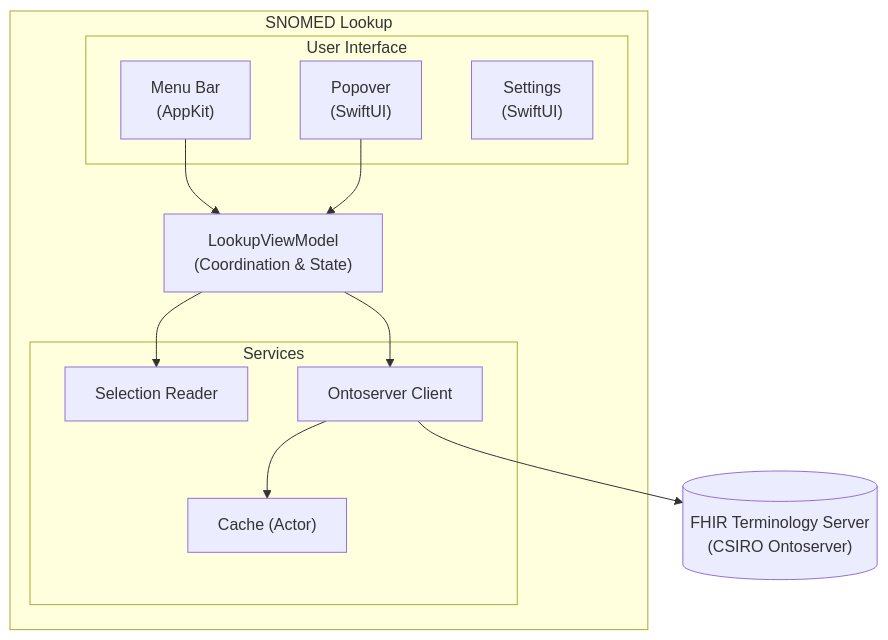
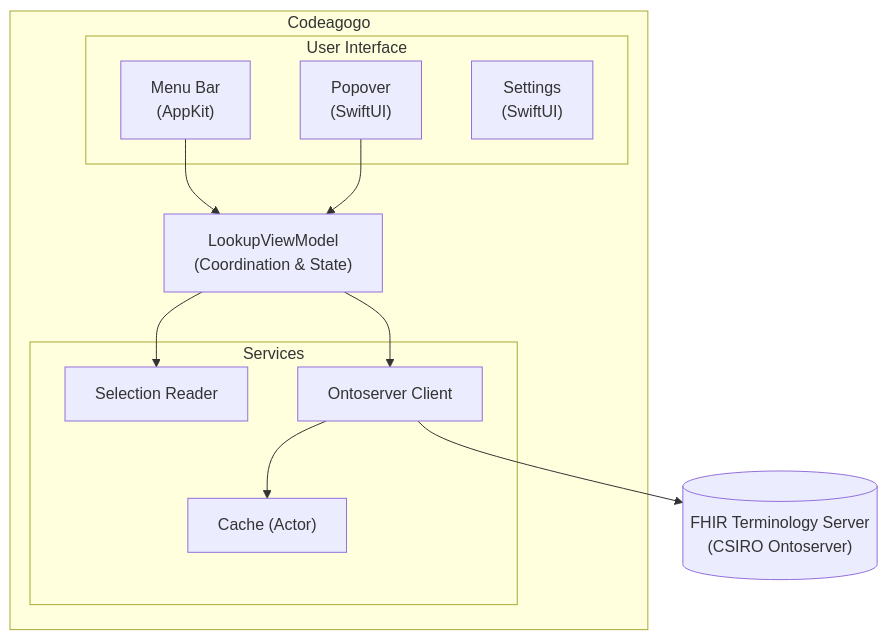
One commit to aehrc/codeagogo changed the diagram in README.md. Above: the diagram before and after it, drawn with Mermaid. The commit also changed other lines of this file and 104 other files, not shown here.

Commit message:
chore: rename app from SNOMED Lookup to Codeagogo

````diff
--- a/README.md
+++ b/README.md
@@ -141,27 +141,27 @@
 ```mermaid
 flowchart TB
-    subgraph App["SNOMED Lookup"]
+    subgraph App["Codeagogo"]
         subgraph UI["User Interface"]
             MenuBar["Menu Bar<br/>(AppKit)"]
             Popover["Popover<br/>(SwiftUI)"]
             Settings["Settings<br/>(SwiftUI)"]
         end
 
         ViewModel["LookupViewModel<br/>(Coordination & State)"]
 
         subgraph Services["Services"]
             Reader["Selection Reader"]
             Client["Ontoserver Client"]
             Cache["Cache (Actor)"]
         end
     end
 
     Server[("FHIR Terminology Server<br/>(CSIRO Ontoserver)")]
 
     MenuBar --> ViewModel
     Popover --> ViewModel
     ViewModel --> Reader
     ViewModel --> Client
     Client --> Cache
     Client --> Server
 ```
````
